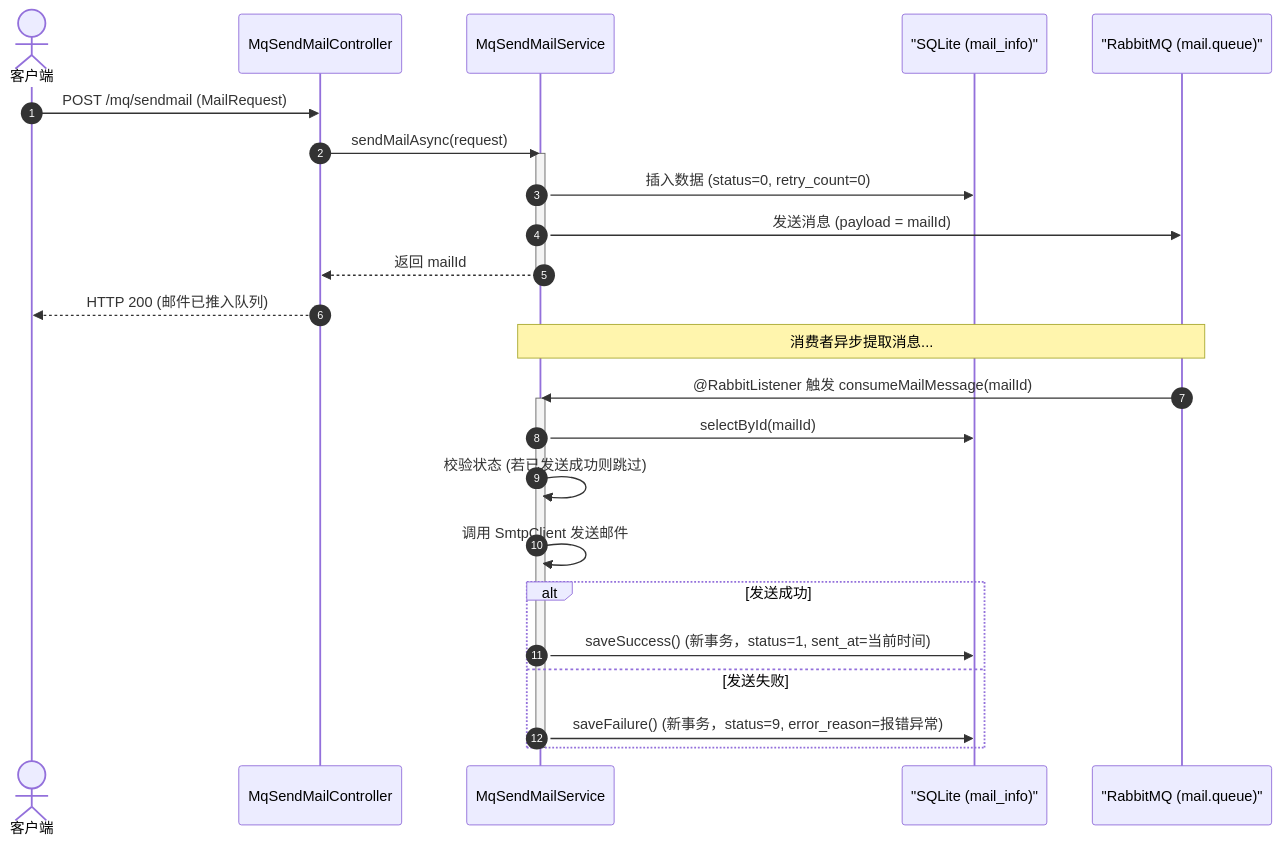
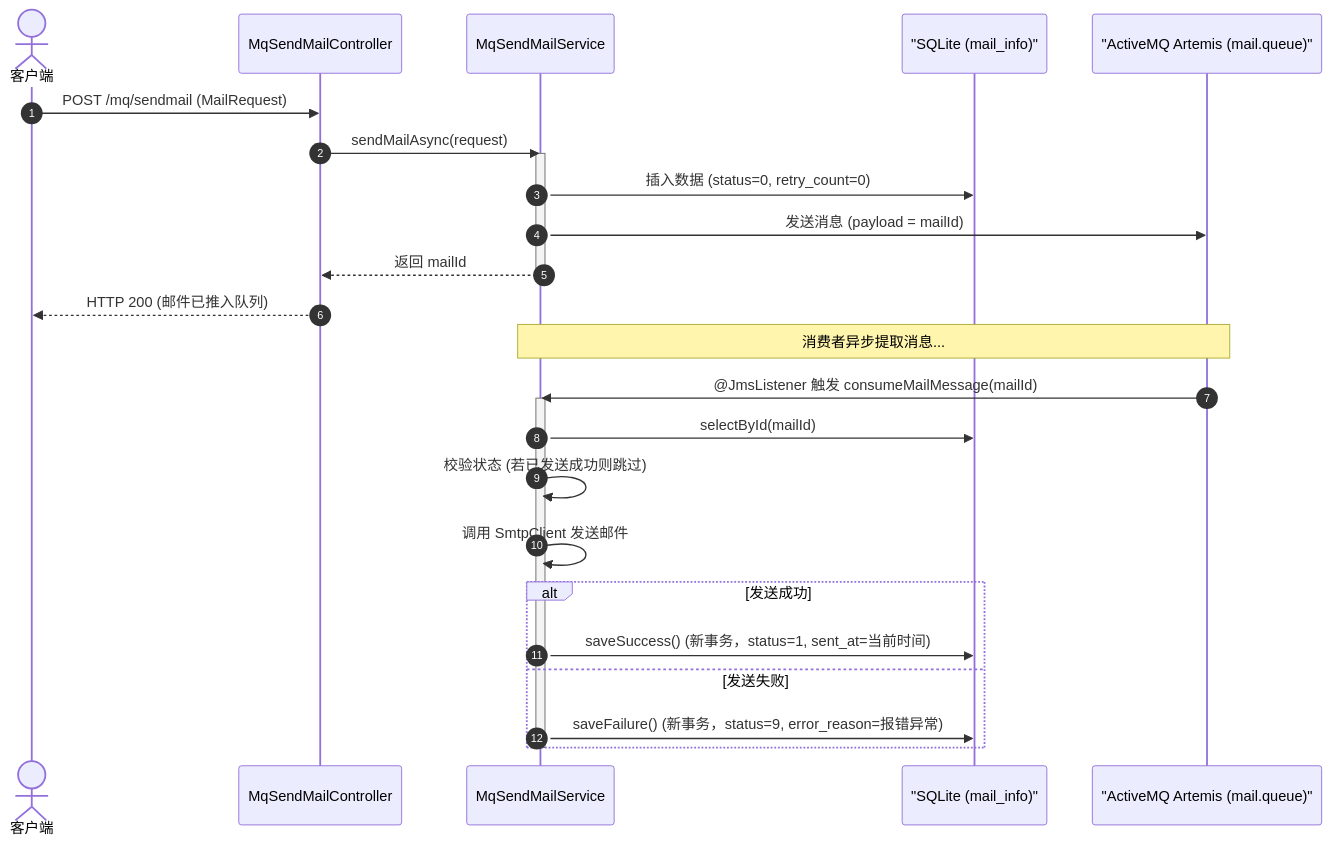
The diagram in docs/scenario2_guide.md (feilong-pixel/ZeroTraceSpringBoot), drawn with Mermaid before and after one commit. The commit also changed other lines of this file and 22 other files, not shown here.

Commit message:
feat: add Doma Dynamic SQL & Thymeleaf starter demos and migrate MQ to Embedded ActiveMQ Artemis

````diff
--- a/docs/scenario2_guide.md
+++ b/docs/scenario2_guide.md
@@ -32,31 +31,31 @@
 ```mermaid
 sequenceDiagram
     autonumber
     actor User as 客户端
     participant Controller as MqSendMailController
     participant Service as MqSendMailService
     participant DB as "SQLite (mail_info)"
-    participant MQ as "RabbitMQ (mail.queue)"
+    participant MQ as "ActiveMQ Artemis (mail.queue)"
 
     User->>Controller: POST /mq/sendmail (MailRequest)
     Controller->>Service: sendMailAsync(request)
     activate Service
     Service->>DB: 插入数据 (status=0, retry_count=0)
     Service->>MQ: 发送消息 (payload = mailId)
     Service-->>Controller: 返回 mailId
     deactivate Service
     Controller-->>User: HTTP 200 (邮件已推入队列)
 
     note over Service, MQ: 消费者异步提取消息...
-    MQ->>Service: @RabbitListener 触发 consumeMailMessage(mailId)
+    MQ->>Service: @JmsListener 触发 consumeMailMessage(mailId)
     activate Service
     Service->>DB: selectById(mailId)
     Service->>Service: 校验状态 (若已发送成功则跳过)
     Service->>Service: 调用 SmtpClient 发送邮件
     alt 发送成功
         Service->>DB: saveSuccess() (新事务，status=1, sent_at=当前时间)
     else 发送失败
         Service->>DB: saveFailure() (新事务，status=9, error_reason=报错异常)
     end
     deactivate Service
 ```
````
